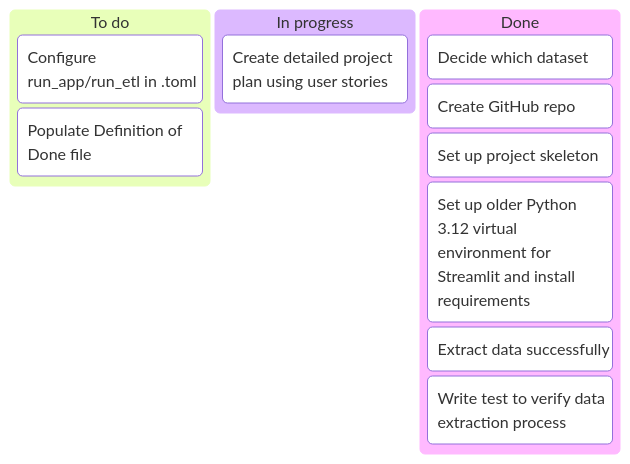
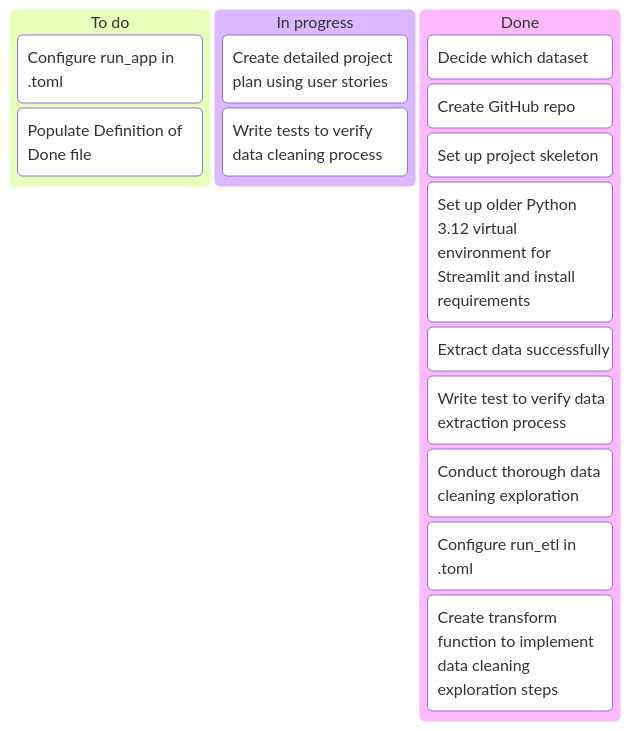
One commit to RonanD10/capstone-project changed the first of 2 diagrams in docs/kanban.md. Above: the diagram before and after it, drawn with Mermaid. The commit also changed other lines of this file and 32 other files, not shown here.

Commit message:
Added data cleaning transformation

````diff
--- a/docs/kanban.md
+++ b/docs/kanban.md
@@ -3,20 +3,22 @@
 ```mermaid
 kanban
     To do
-        Configure run_app/run_etl in .toml
+        Configure run_app in .toml
         Populate Definition of Done file
 
     In progress
-        
         Create detailed project plan using user stories
-        
+        Write tests to verify data cleaning process 
 
     Done
         Decide which dataset
         Create GitHub repo 
         Set up project skeleton
         Set up older Python 3.12 virtual environment for Streamlit and install requirements
         Extract data successfully
         Write test to verify data extraction process
+        Conduct thorough data cleaning exploration
+        Configure run_etl in .toml
+        Create transform function to implement data cleaning exploration steps
         
 ```
````
